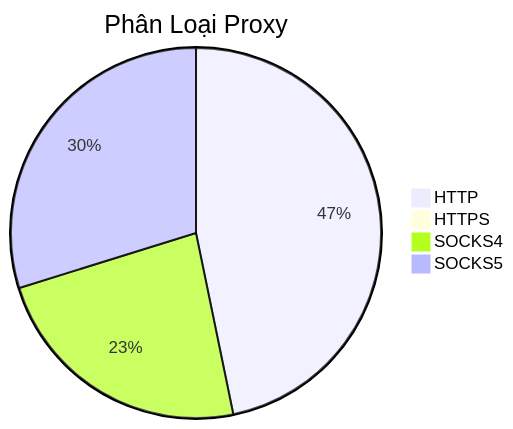
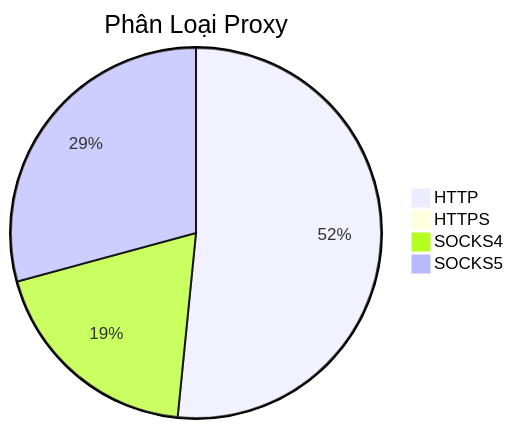
The diagram in README.md (Ciara-12/PROXY-free), drawn with Mermaid before and after one commit. The commit also changed other lines of this file and 3 other files, not shown here.

````diff
--- a/README.md
+++ b/README.md
@@ -26,7 +26,7 @@
 ```mermaid
 pie title Phân Loại Proxy
-    "HTTP" : 499
+    "HTTP" : 685
     "HTTPS" : 0
-    "SOCKS4" : 250
-    "SOCKS5" : 318
+    "SOCKS4" : 255
+    "SOCKS5" : 388
 ```
````
